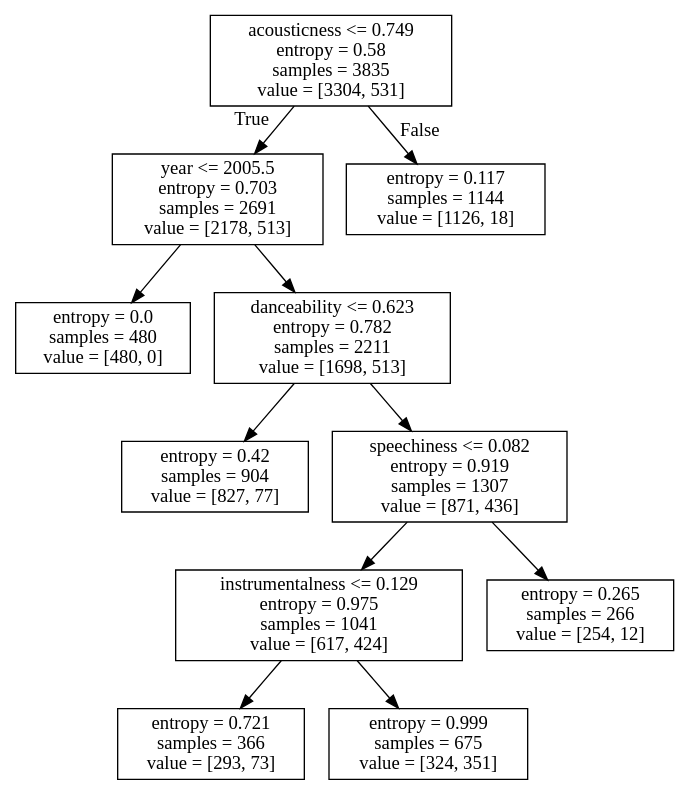
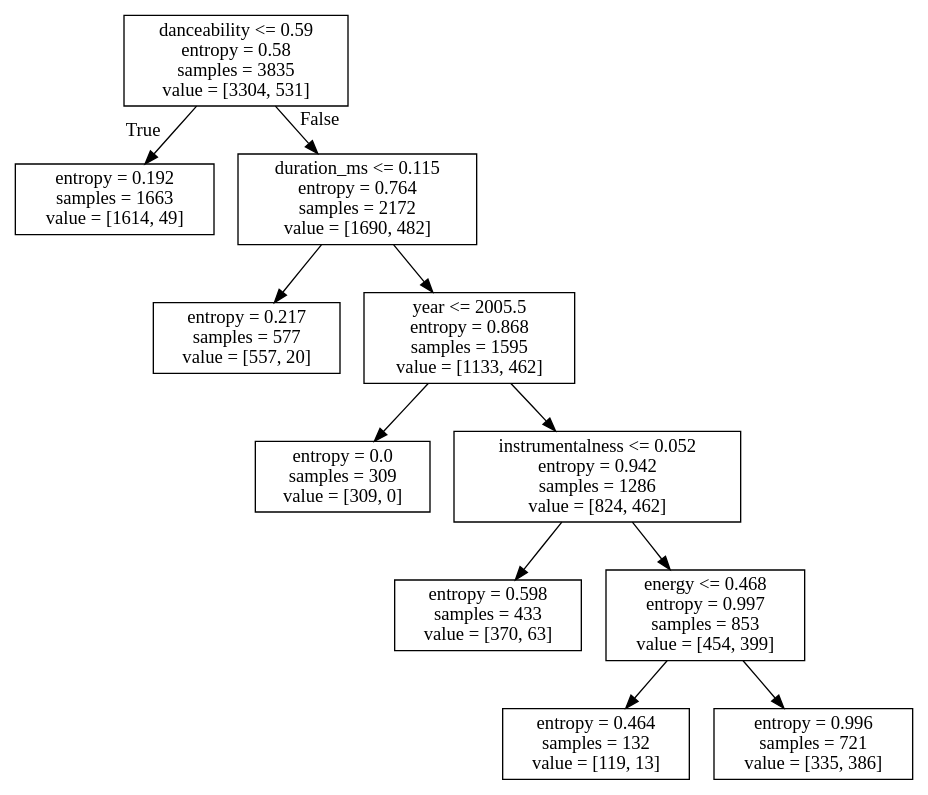
Before and after one commit to CrystalCo/audio_features_popularity_classifiers: the diagram in jazz_DT.dot, drawn with Graphviz. The commit also changed 14 other files, not shown here.

```diff
--- a/jazz_DT.dot
+++ b/jazz_DT.dot
@@ -1,24 +1,24 @@
 digraph Tree {
 node [shape=box] ;
-0 [label="acousticness <= 0.749\nentropy = 0.58\nsamples = 3835\nvalue = [3304, 531]"] ;
-1 [label="year <= 2005.5\nentropy = 0.703\nsamples = 2691\nvalue = [2178, 513]"] ;
+0 [label="danceability <= 0.59\nentropy = 0.58\nsamples = 3835\nvalue = [3304, 531]"] ;
+1 [label="entropy = 0.192\nsamples = 1663\nvalue = [1614, 49]"] ;
 0 -> 1 [labeldistance=2.5, labelangle=45, headlabel="True"] ;
-2 [label="entropy = 0.0\nsamples = 480\nvalue = [480, 0]"] ;
-1 -> 2 ;
-3 [label="danceability <= 0.623\nentropy = 0.782\nsamples = 2211\nvalue = [1698, 513]"] ;
-1 -> 3 ;
-4 [label="entropy = 0.42\nsamples = 904\nvalue = [827, 77]"] ;
-3 -> 4 ;
-5 [label="speechiness <= 0.082\nentropy = 0.919\nsamples = 1307\nvalue = [871, 436]"] ;
-3 -> 5 ;
-6 [label="instrumentalness <= 0.129\nentropy = 0.975\nsamples = 1041\nvalue = [617, 424]"] ;
-5 -> 6 ;
-7 [label="entropy = 0.721\nsamples = 366\nvalue = [293, 73]"] ;
+2 [label="duration_ms <= 0.115\nentropy = 0.764\nsamples = 2172\nvalue = [1690, 482]"] ;
+0 -> 2 [labeldistance=2.5, labelangle=-45, headlabel="False"] ;
+3 [label="entropy = 0.217\nsamples = 577\nvalue = [557, 20]"] ;
+2 -> 3 ;
+4 [label="year <= 2005.5\nentropy = 0.868\nsamples = 1595\nvalue = [1133, 462]"] ;
+2 -> 4 ;
+5 [label="entropy = 0.0\nsamples = 309\nvalue = [309, 0]"] ;
+4 -> 5 ;
+6 [label="instrumentalness <= 0.052\nentropy = 0.942\nsamples = 1286\nvalue = [824, 462]"] ;
+4 -> 6 ;
+7 [label="entropy = 0.598\nsamples = 433\nvalue = [370, 63]"] ;
 6 -> 7 ;
-8 [label="entropy = 0.999\nsamples = 675\nvalue = [324, 351]"] ;
+8 [label="energy <= 0.468\nentropy = 0.997\nsamples = 853\nvalue = [454, 399]"] ;
 6 -> 8 ;
-9 [label="entropy = 0.265\nsamples = 266\nvalue = [254, 12]"] ;
-5 -> 9 ;
-10 [label="entropy = 0.117\nsamples = 1144\nvalue = [1126, 18]"] ;
-0 -> 10 [labeldistance=2.5, labelangle=-45, headlabel="False"] ;
+9 [label="entropy = 0.464\nsamples = 132\nvalue = [119, 13]"] ;
+8 -> 9 ;
+10 [label="entropy = 0.996\nsamples = 721\nvalue = [335, 386]"] ;
+8 -> 10 ;
 }
```
